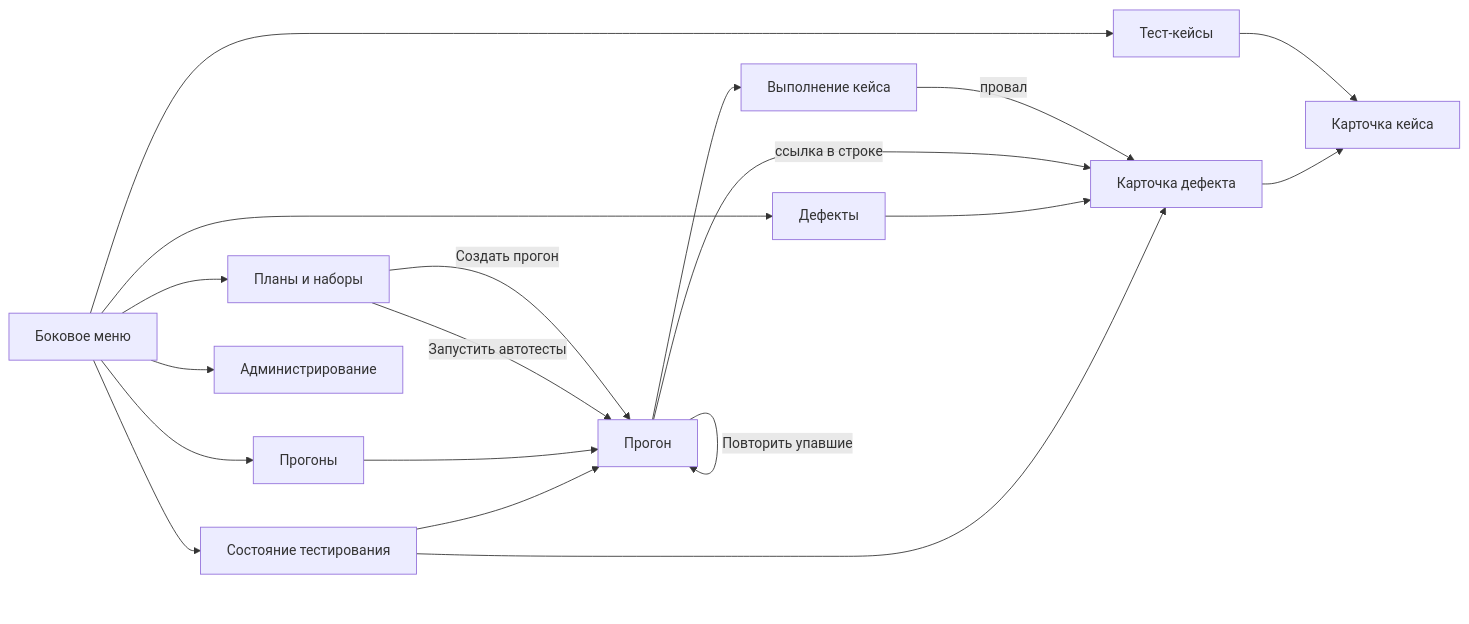
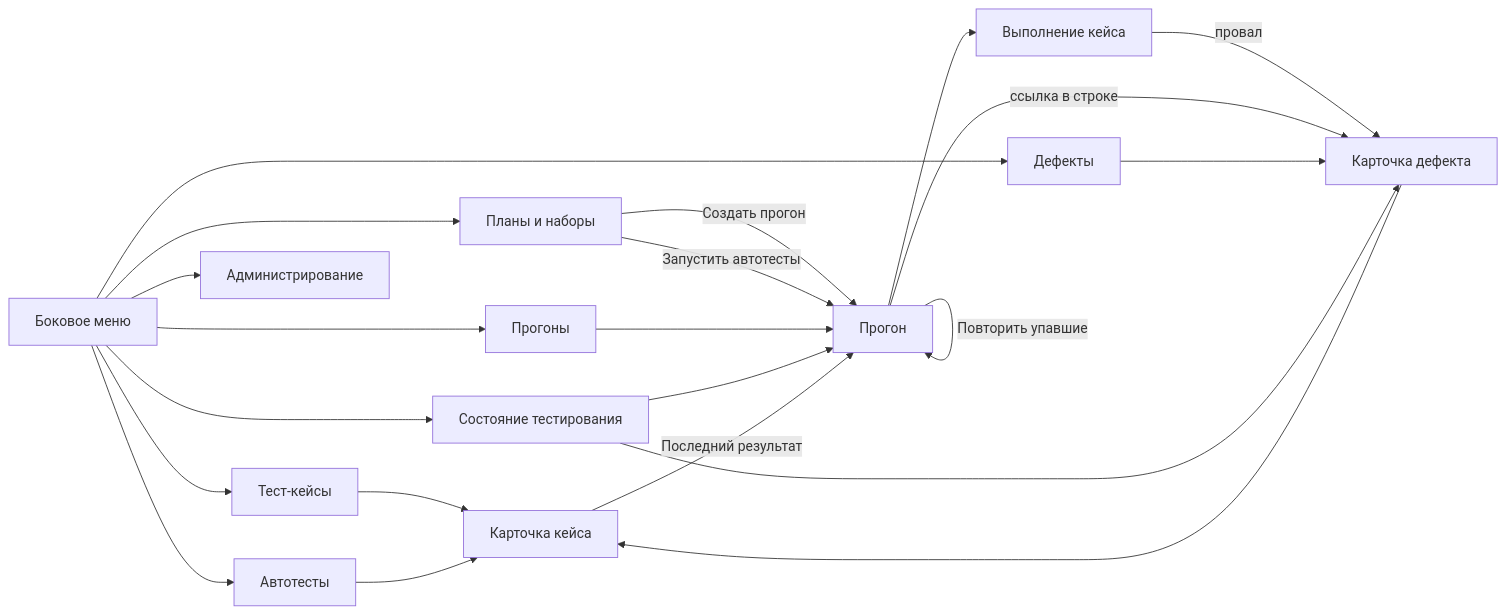
The diagram in qa/docs/110.ui-ux.md (MEPhI-C22-501/arch-info-system-monorepo), drawn with Mermaid before and after one commit. The commit also changed other lines of this file and 36 other files, not shown here.

````diff
--- a/qa/docs/110.ui-ux.md
+++ b/qa/docs/110.ui-ux.md
@@ -33,22 +34,25 @@
 ```mermaid
 flowchart LR
     Menu["Боковое меню"] --> Cases["Тест-кейсы"]
     Menu --> Plans["Планы и наборы"]
     Menu --> Runs["Прогоны"]
     Menu --> Defects["Дефекты"]
     Menu --> Overview["Состояние тестирования"]
+    Menu --> Auto["Автотесты"]
     Menu --> Admin["Администрирование"]
 
     Cases --> Case["Карточка кейса"]
     Plans -->|"Создать прогон"| Run["Прогон"]
     Plans -->|"Запустить автотесты"| Run
     Runs --> Run
     Run --> Exec["Выполнение кейса"]
     Exec -->|"провал"| Defect["Карточка дефекта"]
     Run -->|"ссылка в строке"| Defect
     Run -->|"Повторить упавшие"| Run
     Defects --> Defect
     Defect --> Case
     Overview --> Defect
     Overview --> Run
+    Auto --> Case
+    Case -->|"Последний результат"| Run
 ```
````
